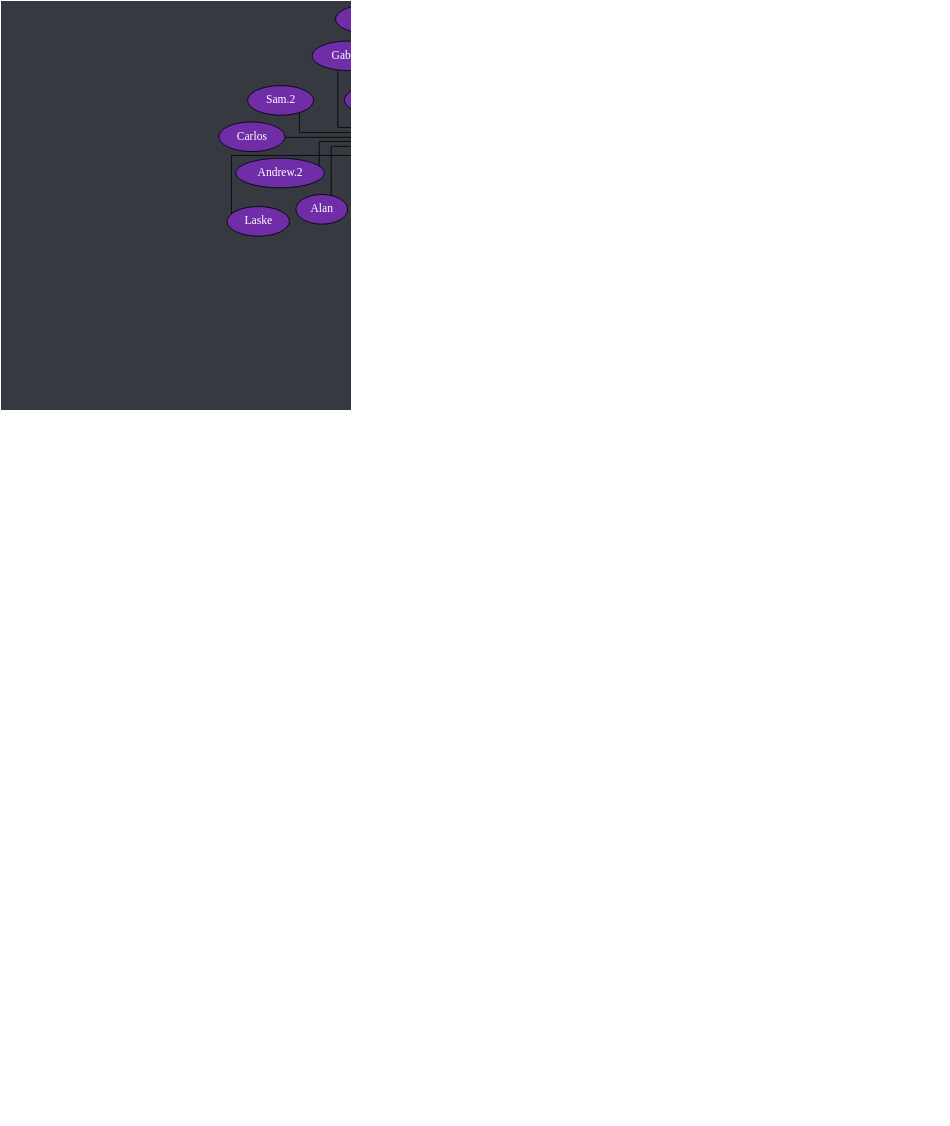
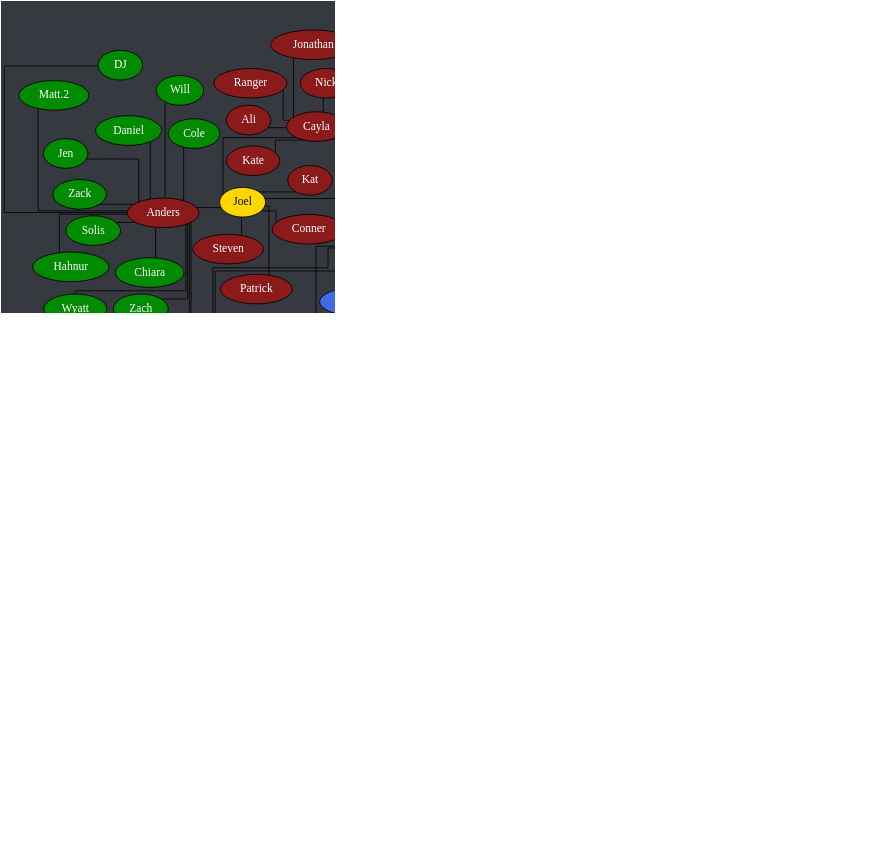
The diagram in tree.dot (Documidas/CoronaCatzFamilyTree), drawn with Graphviz before and after one commit. The commit also changed 1 other file, not shown here.

Commit message:
Add Chris.2, rename Chris.1

```diff
--- a/tree.dot
+++ b/tree.dot
@@ -1,191 +1,192 @@
 strict graph {
 	// Layout Configuration
 	layout = neato;
 	dpi = 200;
 	epsilon = 0.01;
 	mode = major;
 	model = subset;
 	overlap = false;
 	splines = ortho;
 	start = rand;
 
 	// Visual Configuration
 	graph [ truecolor=true bgcolor="#36393f" ];
 	node [ style=filled fillcolor="gray" fontcolor="black" ];
 
 	subgraph "Joel" {
 		node [ style=filled fillcolor="firebrick4" fontcolor="white" ];
 		Joel [ style=filled fillcolor="gold" fontcolor="black" ];
 
 		Cayla -- Ali;
 		Cayla -- Jonathan;
 		Cayla -- Kate;
 		Cayla -- Nick;
 		Cayla -- Ranger;
 		Joel -- Anders;
 		Joel -- Cayla;
 		Joel -- Conner;
 		Joel -- Jared;
 		Joel -- Kat;
 		Joel -- Patrick;
 		Joel -- Steven;
 	}
 
 	subgraph "Anders" {
 		node [ style=filled fillcolor="green4" fontcolor="white" ];
 		// Anders [ style=filled fillcolor="green4" fontcolor="white" ];
 
 		Anders -- Chiara;
 		Anders -- Cody;
 		Anders -- Cole;
 		Anders -- Daniel;
 		Anders -- Derek;
 		Anders -- DJ;
 		Anders -- Hahnur;
 		Anders -- Jen;
 		Anders -- "Matt.2";
 		Anders -- Solis;
 		Anders -- Will;
 		Anders -- Wyatt;
 		Anders -- Zach;
 		Anders -- Zack;
 	}
 
 	subgraph "Jared" {
 		node [ style=filled fillcolor="royalblue" fontcolor="black" ];
 		// Jared [ style=filled fillcolor="royalblue" fontcolor="black" ];
 
 		"Andrew.1" -- Hannah;
 		"Brian.1" -- Nebtune;
 		"Carter-1.0" -- Tom;
 		Donnie -- Bianca;
 		Donnie -- "Brian.1";
 		Donnie -- Troy;
+		Gaby -- "Chris.2";
 		Greg -- "Andrew.1";
 		Greg -- "Carter-1.0";
 		Greg -- Ina;
 		Greg -- "John Boi";
 		Greg -- Tails;
 		Greg -- Tanyon;
 		Hannah -- Raana;
 		Jared -- Brandi;
 		Jared -- Dave;
 		Jared -- Donnie;
 		Jared -- Fabi;
 		Jared -- "Jack.2";
 		Jared -- Kamon;
 		Jared -- Greg;
 		Jared -- Isabelle;
 		Jared -- Mason;
 		Jared -- "Matt.1";
 		Jared -- Mehmet;
 		Jared -- Nam;
 		Jared -- Pixie;
 		Jared -- Shannon;
 		Jared -- Spencer;
 		Jared -- Tommy;
 		Jared -- Tyler;
 		Jared -- "Zach/Laniakea";
 		Jared -- Zoe;
 		"John Boi" -- Hardie;
 		Tommy -- Danny;
 		Troy -- Drake;
 		Tyler -- Aly;
 		Tyler -- "Bryan.2";
 		Tyler -- Gaby;
 		Zoe -- Brandon;
 	}
 
 	subgraph "Zach/Laniakea" {
 		node [ style=filled fillcolor="#4eff2c" fontcolor="black" ];
 		// "Zach/Laniakea" [ style=filled fillcolor="#4eff2c" fontcolor="black" ];
 
 		"Caio.2" -- "Kyle.1";
 		"Caio.2" -- Lucas;
 		"Ryan/Des" -- Marcus;
 		"Ryan/Wenger" -- Gracie;
 		"Zach/Laniakea" -- Allen;
 		"Zach/Laniakea" -- "Caio.2";
 		"Zach/Laniakea" -- John;
 		"Zach/Laniakea" -- Logan;
 		"Zach/Laniakea" -- Kevin;
 		"Zach/Laniakea" -- "Kyle.0";
 		"Zach/Laniakea" -- Mike;
 		"Zach/Laniakea" -- "Ryan/Des";
 		"Zach/Laniakea" -- "Ryan/Wenger";
 	}
 
 	subgraph "John" {
 		node [ style=filled fillcolor="#c89b3c" fontcolor="black" ];
 		// John [ style=filled fillcolor="#c89b3c" fontcolor="black" ];
 
 		John -- Anna;
 		John -- Emily;
 		John -- Haber;
 		John -- Jay;
 		John -- "Jack.1";
 		John -- Lara;
 		John -- Monarch;
 		John -- Rakib;
 		John -- "Thomas.1";
 		Rakib -- Hazel;
 	}
 
 	subgraph "John-stream" {
 		// node [ style=filled fillcolor="#9147ff" fontcolor="black" ];
 		node [ style=filled fillcolor="#c89b3c" fontcolor="black" ];
 
 		John -- "Michael/Wheezy";
 	}
 
 	subgraph "Thomas.1" {
 		node [ style=filled fillcolor="#b04900" fontcolor="black" ];
 		// "Thomas.1" [ style=filled fillcolor="#b04900" fontcolor="black" ];
 
 		"Thomas.1" -- Ahmeed;
 		"Thomas.1" -- Alex;
 		"Thomas.1" -- Bob;
 		"Thomas.1" -- "Da'Von";
 		"Thomas.1" -- Dre;
 		"Thomas.1" -- JD;
 		"Thomas.1" -- Josh;
 		"Thomas.1" -- Juan;
 		"Thomas.1" -- Pat;
 		"Thomas.1" -- Taylor;
 		"Thomas.1" -- "Thomas.2";
 		"Thomas.1" -- "Tony.1";
 		"Thomas.1" -- "Tony.2";
 		"Thomas.1" -- Travis;
 	}
 
 	subgraph "Alex" {
 		node [ style=filled fillcolor="#6f2da8" fontcolor="white" ];
 		// Alex [ style=filled fillcolor="#6f2da8" fontcolor="black" ];
 
 		Alex -- "Alex/Blitt";
 		Alex -- David;
 		Alex -- Sam;
 		"Alex/Blitt" -- Alan;
 		"Alex/Blitt" -- "Alex the 3rd";
 		"Alex/Blitt" -- "Andrew.2";
 		"Alex/Blitt" -- Brian;
 		"Alex/Blitt" -- Carlos;
-		"Alex/Blitt" -- Chris;
+		"Alex/Blitt" -- "Chris.1";
 		"Alex/Blitt" -- Gabriel;
 		"Alex/Blitt" -- "Kyle.3";
 		"Alex/Blitt" -- Laske;
 		"Alex/Blitt" -- Mikael;
 		"Alex/Blitt" -- "Ryan.1";
 		"Alex/Blitt" -- "Sam.2";
 		"Da'Von" -- "Andrew/Spook";
 		"Da'Von" -- Dalton;
 		"Da'Von" -- Jon;
 		"Da'Von" -- Karma;
 		"Da'Von" -- Ram;
 		"Da'Von" -- Zeller;
 		Dalton -- "Carter.2";
 		Dalton -- Graysen;
 		Gabriel -- "Ryan.2";
 		Zeller -- Sierra;
 	}
 }
```
